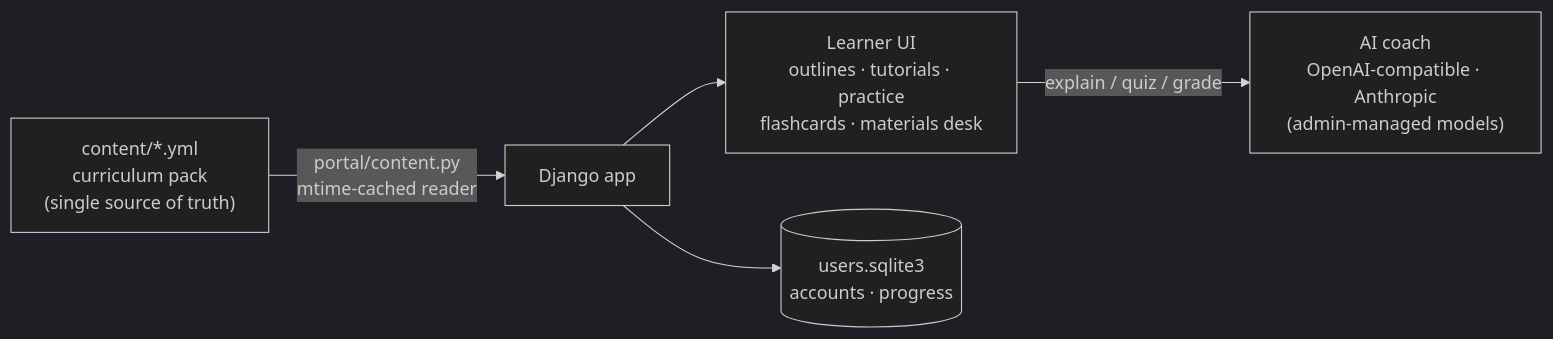
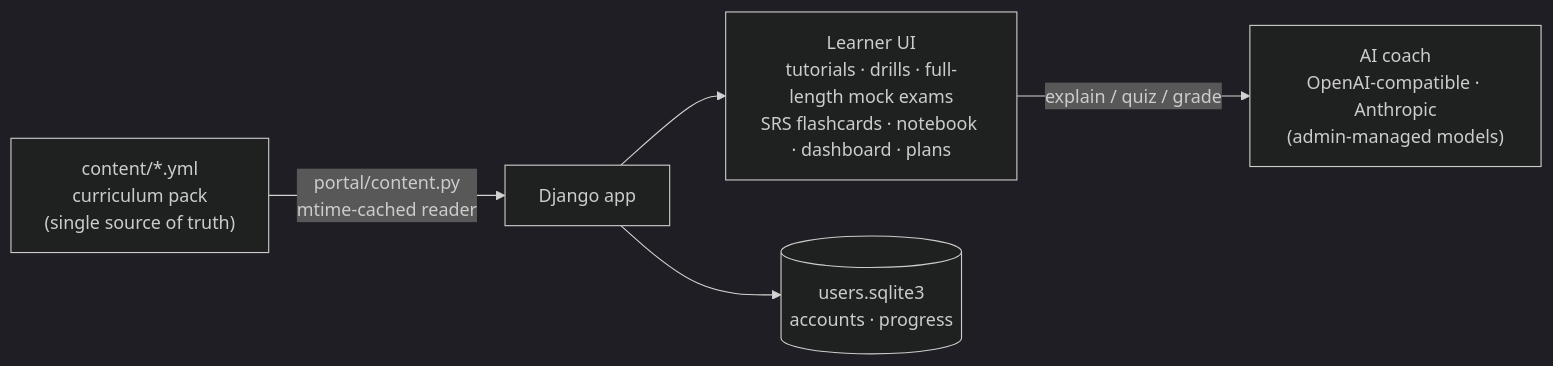
Before and after one commit to brentwong-kiel1997/NMAT_MCAT_PREP: the diagram in README.md, drawn with Mermaid (dark theme). The commit also changed other lines of this file and 1 other file, not shown here.

First line of the commit message:
Docs: README and content/README catch up with the full platform

````diff
--- a/README.md
+++ b/README.md
@@ -101,7 +106,7 @@
 ```mermaid
 flowchart LR
     A["content/*.yml<br/>curriculum pack<br/>(single source of truth)"] -->|"portal/content.py<br/>mtime-cached reader"| B["Django app"]
-    B --> C["Learner UI<br/>outlines · tutorials · practice<br/>flashcards · materials desk"]
+    B --> C["Learner UI<br/>tutorials · drills · full-length mock exams<br/>SRS flashcards · notebook · dashboard · plans"]
     B --> D[("users.sqlite3<br/>accounts · progress")]
     C -->|"explain / quiz / grade"| E["AI coach<br/>OpenAI-compatible · Anthropic<br/>(admin-managed models)"]
 ```
````
